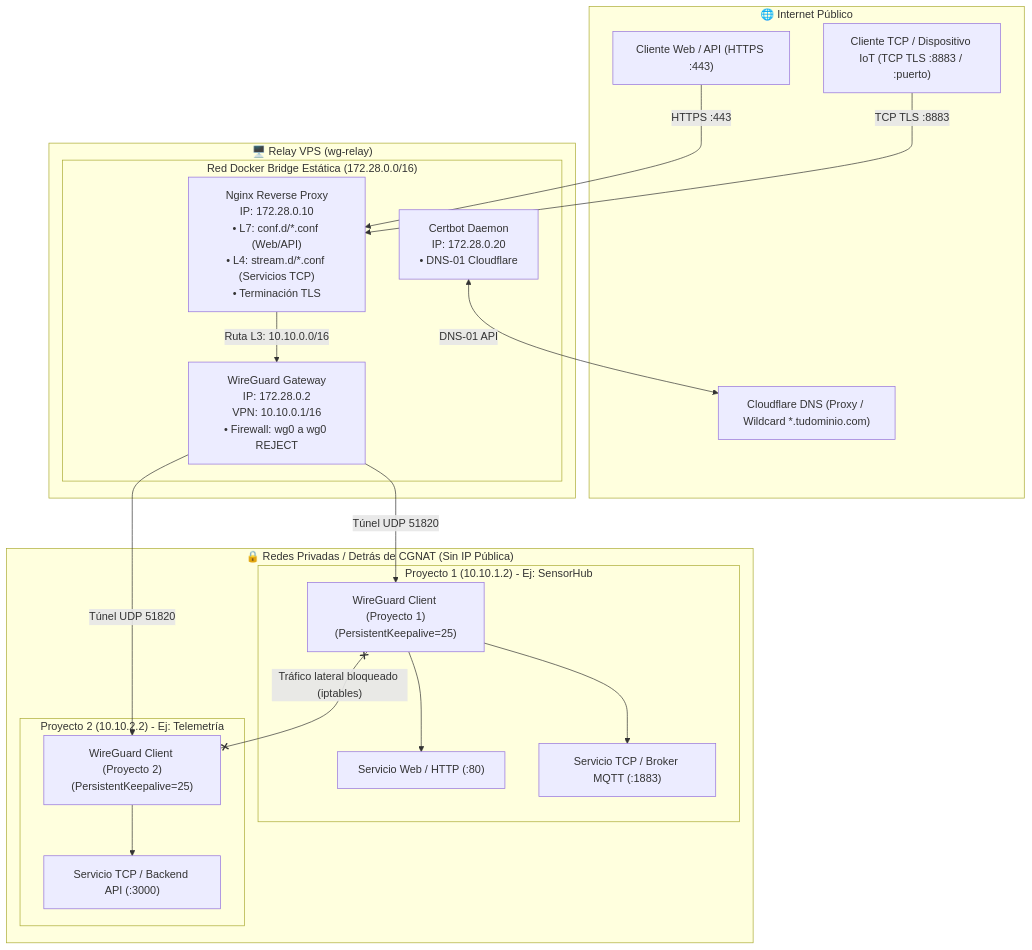
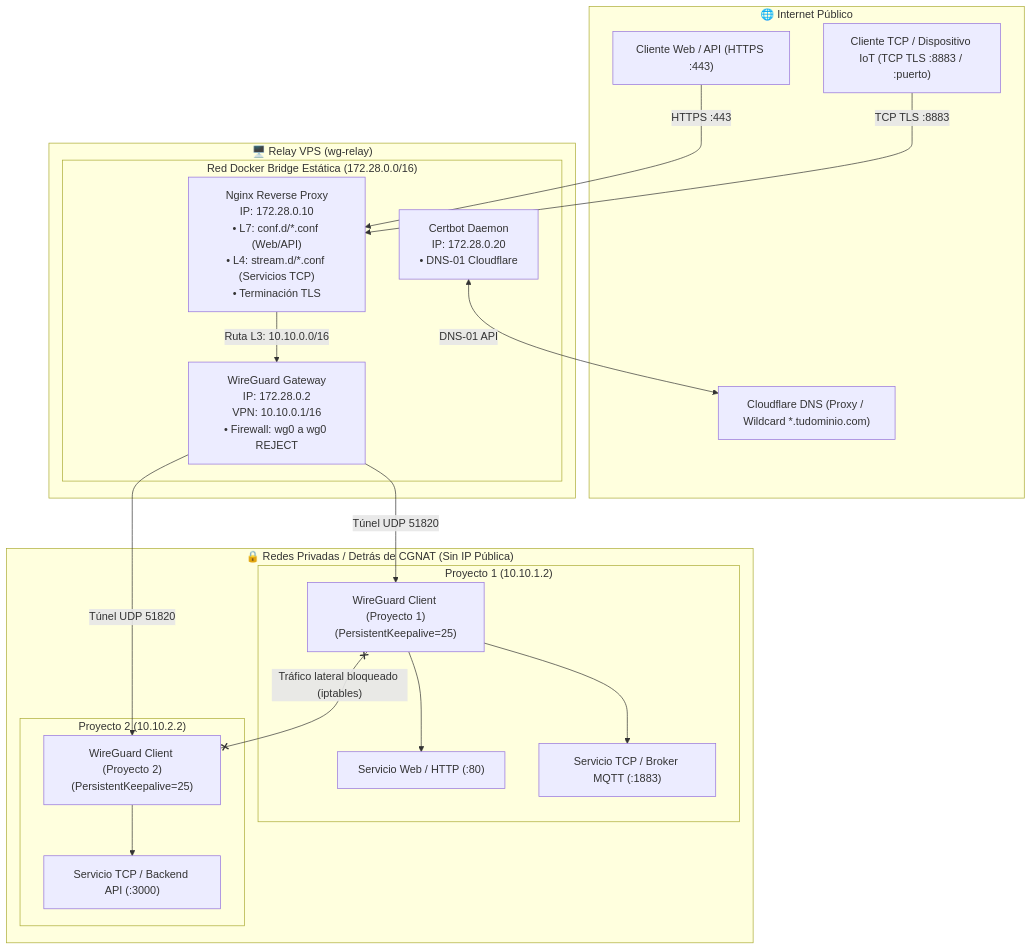
One commit to AndyPecotche/wg-relay changed the diagram in README.md. Above: the diagram before and after it, drawn with Mermaid. The commit also changed other lines of this file and 9 other files, not shown here.

````diff
--- a/README.md
+++ b/README.md
@@ -24,44 +24,44 @@
 ```mermaid
 flowchart TD
     subgraph Internet ["🌐 Internet Público"]
         ClientWeb["Cliente Web / API (HTTPS :443)"]
         ClientTCP["Cliente TCP / Dispositivo IoT (TCP TLS :8883 / :puerto)"]
         CF_DNS["Cloudflare DNS (Proxy / Wildcard *.tudominio.com)"]
     end
 
     subgraph VPS ["🖥️ Relay VPS (wg-relay)"]
         subgraph DockerNet ["Red Docker Bridge Estática (172.28.0.0/16)"]
             Nginx["Nginx Reverse Proxy<br/>IP: 172.28.0.10<br/>• L7: conf.d/*.conf (Web/API)<br/>• L4: stream.d/*.conf (Servicios TCP)<br/>• Terminación TLS"]
             WG_Server["WireGuard Gateway<br/>IP: 172.28.0.2<br/>VPN: 10.10.0.1/16<br/>• Firewall: wg0 a wg0 REJECT"]
             Certbot["Certbot Daemon<br/>IP: 172.28.0.20<br/>• DNS-01 Cloudflare"]
         end
     end
 
     subgraph CGNAT_Area ["🔒 Redes Privadas / Detrás de CGNAT (Sin IP Pública)"]
-        subgraph Proj1 ["Proyecto 1 (10.10.1.2) - Ej: SensorHub"]
+        subgraph Proj1 ["Proyecto 1 (10.10.1.2)"]
             WG_Peer1["WireGuard Client (Proyecto 1)<br/>(PersistentKeepalive=25)"]
             Web1["Servicio Web / HTTP (:80)"]
             TCP1["Servicio TCP / Broker MQTT (:1883)"]
         end
 
-        subgraph Proj2 ["Proyecto 2 (10.10.2.2) - Ej: Telemetría"]
+        subgraph Proj2 ["Proyecto 2 (10.10.2.2)"]
             WG_Peer2["WireGuard Client (Proyecto 2)<br/>(PersistentKeepalive=25)"]
             TCP2["Servicio TCP / Backend API (:3000)"]
         end
     end
 
     ClientWeb -->|"HTTPS :443"| Nginx
     ClientTCP -->|"TCP TLS :8883"| Nginx
     Certbot <-->|"DNS-01 API"| CF_DNS
 
     Nginx -->|"Ruta L3: 10.10.0.0/16"| WG_Server
     WG_Server -->|"Túnel UDP 51820"| WG_Peer1
     WG_Server -->|"Túnel UDP 51820"| WG_Peer2
 
     WG_Peer1 --> Web1
     WG_Peer1 --> TCP1
     WG_Peer2 --> TCP2
 
     %% Aislamiento
     WG_Peer1 x--x|"Tráfico lateral bloqueado (iptables)"| WG_Peer2
 ```
````
